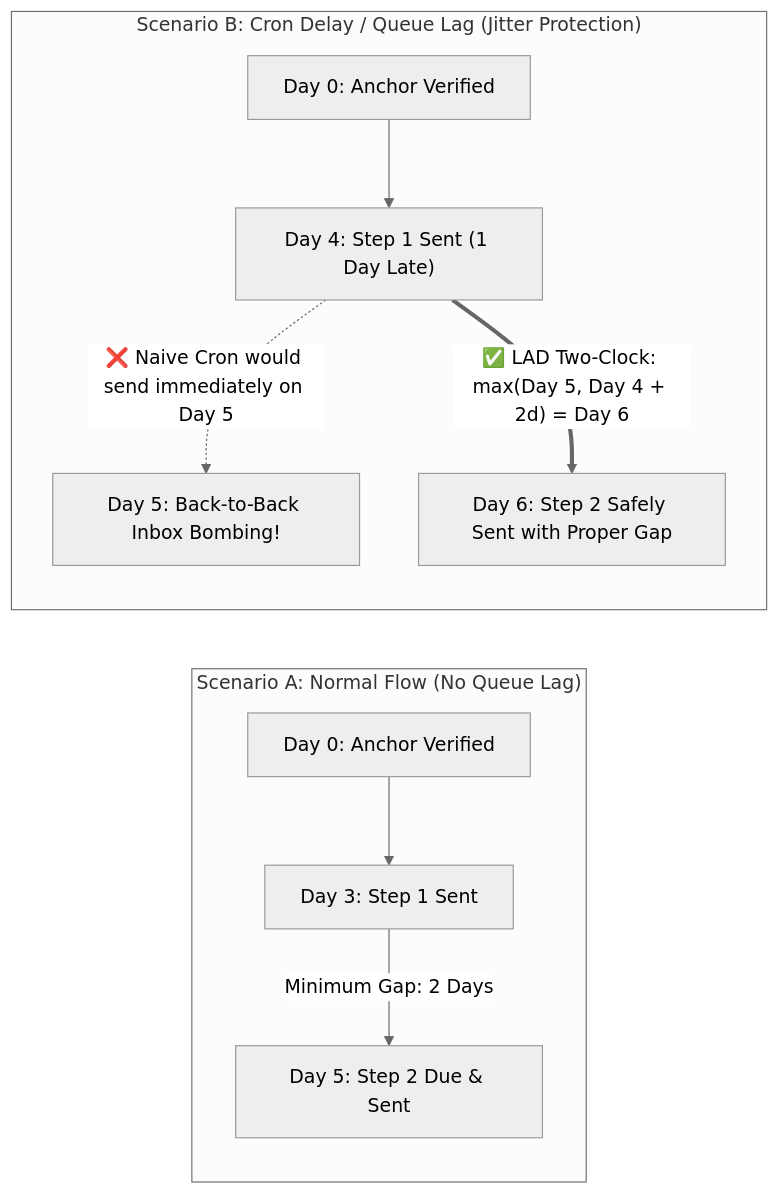
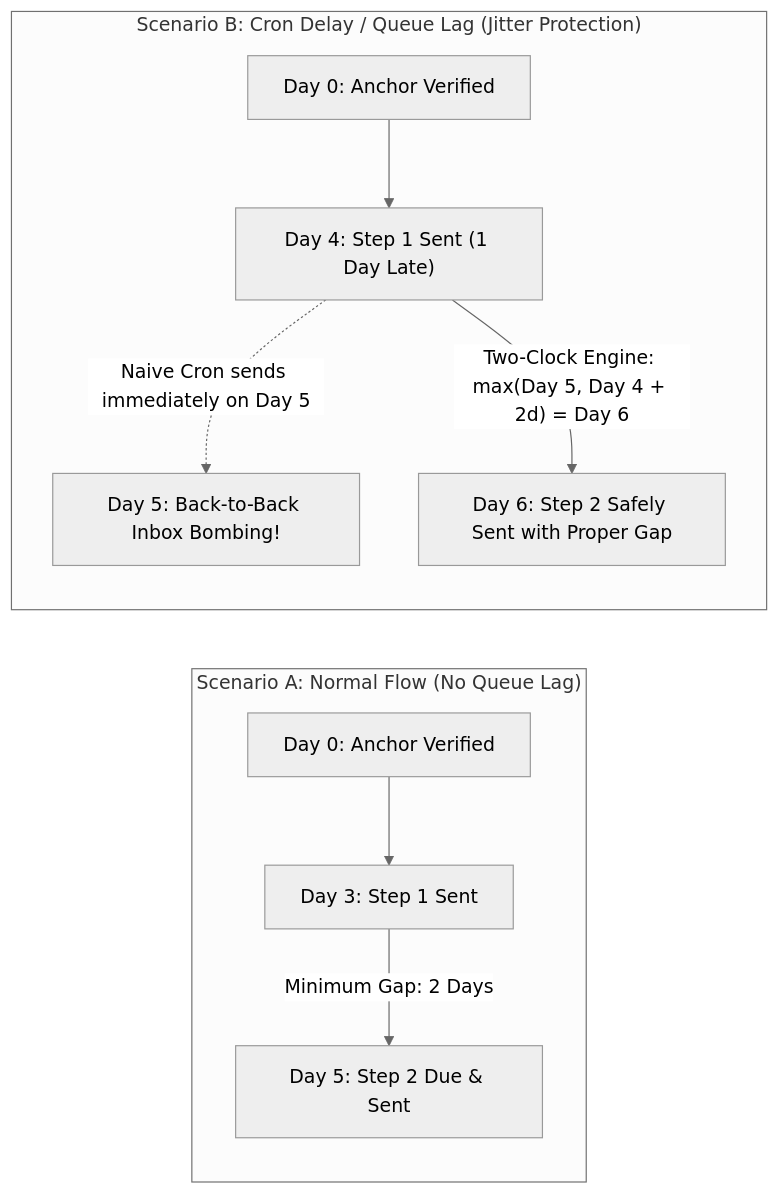
Before and after one commit to ismail-rt/laravel-atlas-drip: the third of 4 diagrams in README.md, drawn with Mermaid (neutral theme). The commit also changed other lines of this file and 4 other files, not shown here.

Commit message:
Enhance README documentation with rendered SVG diagrams and full naming

````diff
--- a/README.md
+++ b/README.md
@@ -136,15 +159,15 @@
 ```mermaid
 flowchart LR
     subgraph ScenarioA["Scenario A: Normal Flow (No Queue Lag)"]
         direction TB
         A1["Day 0: Anchor Verified"] --> A2["Day 3: Step 1 Sent"]
-        A2 -->|Minimum Gap: 2 Days| A3["Day 5: Step 2 Due & Sent"]
+        A2 -->|"Minimum Gap: 2 Days"| A3["Day 5: Step 2 Due & Sent"]
     end
 
     subgraph ScenarioB["Scenario B: Cron Delay / Queue Lag (Jitter Protection)"]
         direction TB
         B1["Day 0: Anchor Verified"] --> B2["Day 4: Step 1 Sent (1 Day Late)"]
-        B2 -.->|"❌ Naive Cron would send immediately on Day 5"| B_Bad["Day 5: Back-to-Back Inbox Bombing!"]
-        B2 ==>|"✅ LAD Two-Clock: max(Day 5, Day 4 + 2d) = Day 6"| B3["Day 6: Step 2 Safely Sent with Proper Gap"]
+        B2 -.->|"Naive Cron sends immediately on Day 5"| B_Bad["Day 5: Back-to-Back Inbox Bombing!"]
+        B2 -->|"Two-Clock Engine: max(Day 5, Day 4 + 2d) = Day 6"| B3["Day 6: Step 2 Safely Sent with Proper Gap"]
     end
 ```
````
